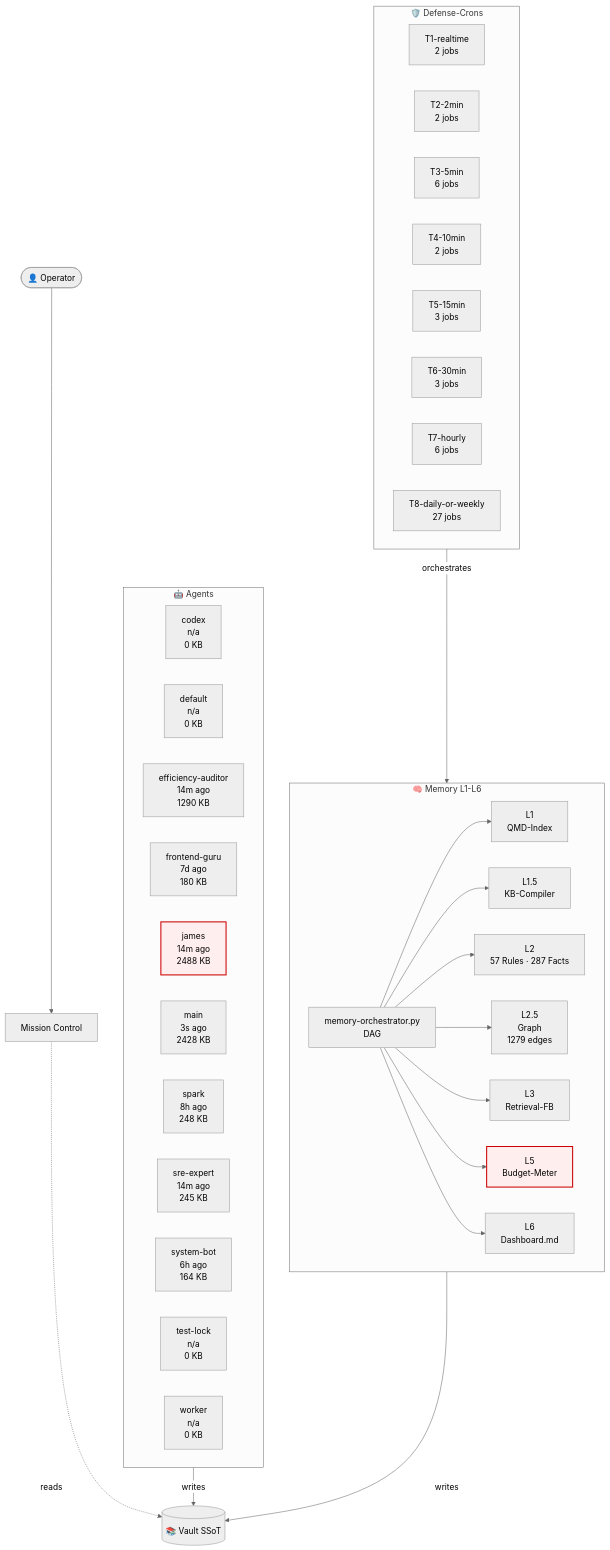
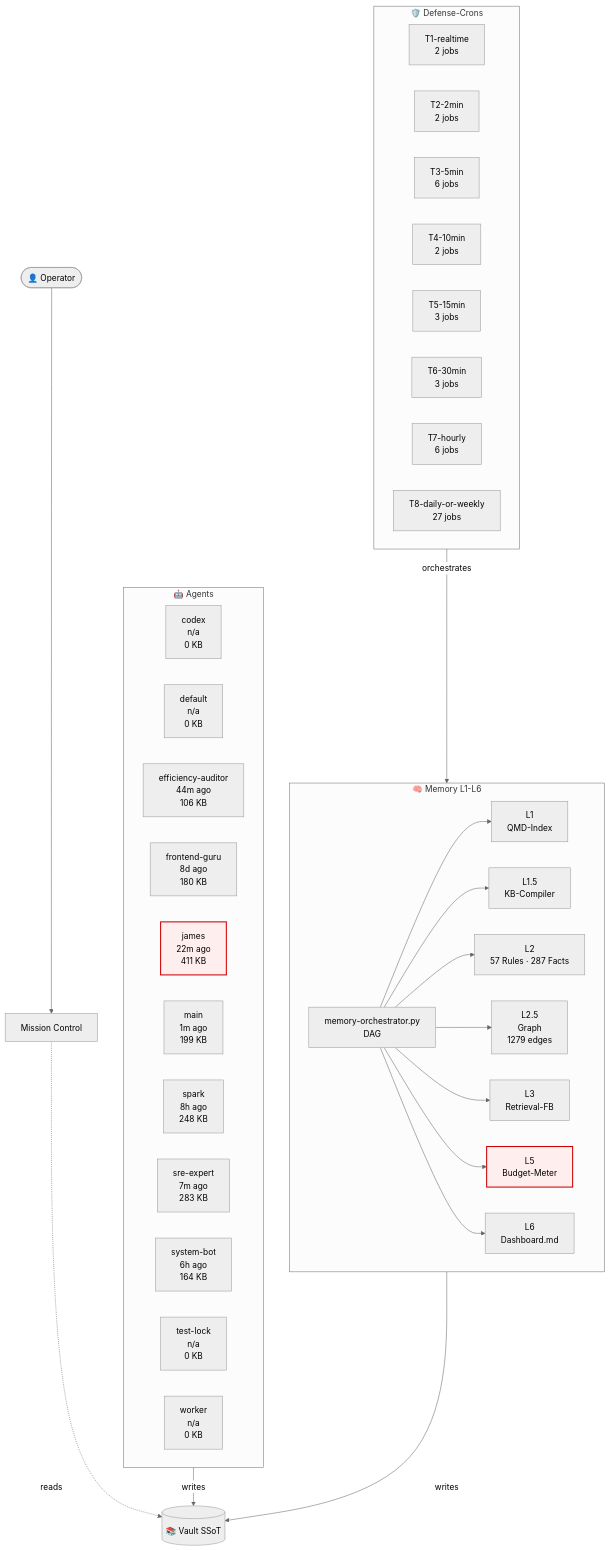
The diagram in 03-Agents/architecture-live.md (lenardhuebner88-rgb/openclaw-memory), drawn with Mermaid (neutral theme) before and after one commit. The commit also changed other lines of this file and 2 other files, not shown here.

````diff
--- a/03-Agents/architecture-live.md
+++ b/03-Agents/architecture-live.md
@@ -18,54 +18,54 @@
 ```mermaid
 flowchart TB
     classDef critical fill:#fee,stroke:#c00,stroke-width:2px;
     subgraph AGT["🤖 Agents"]
         agent_codex["codex<br/>n/a<br/>0 KB"]
         agent_default["default<br/>n/a<br/>0 KB"]
-        agent_efficiency_auditor["efficiency-auditor<br/>14m ago<br/>1290 KB"]
-        agent_frontend_guru["frontend-guru<br/>7d ago<br/>180 KB"]
-        agent_james["james<br/>14m ago<br/>2488 KB"]
-        agent_main["main<br/>3s ago<br/>2428 KB"]
+        agent_efficiency_auditor["efficiency-auditor<br/>44m ago<br/>106 KB"]
+        agent_frontend_guru["frontend-guru<br/>8d ago<br/>180 KB"]
+        agent_james["james<br/>22m ago<br/>411 KB"]
+        agent_main["main<br/>1m ago<br/>199 KB"]
         agent_spark["spark<br/>8h ago<br/>248 KB"]
-        agent_sre_expert["sre-expert<br/>14m ago<br/>245 KB"]
+        agent_sre_expert["sre-expert<br/>7m ago<br/>283 KB"]
         agent_system_bot["system-bot<br/>6h ago<br/>164 KB"]
         agent_test_lock["test-lock<br/>n/a<br/>0 KB"]
         agent_worker["worker<br/>n/a<br/>0 KB"]
     end
     subgraph MEM["🧠 Memory L1-L6"]
         L1["L1<br/>QMD-Index"]
         L15["L1.5<br/>KB-Compiler"]
         L2["L2<br/>57 Rules · 287 Facts"]
         L25["L2.5<br/>Graph<br/>1279 edges"]
         L3["L3<br/>Retrieval-FB"]
         L5["L5<br/>Budget-Meter"]
         L6["L6<br/>Dashboard.md"]
         ORCH["memory-orchestrator.py<br/>DAG"]
     end
     subgraph CRN["🛡️ Defense-Crons"]
         tier_T1_realtime["T1-realtime<br/>2 jobs"]
         tier_T2_2min["T2-2min<br/>2 jobs"]
         tier_T3_5min["T3-5min<br/>6 jobs"]
         tier_T4_10min["T4-10min<br/>2 jobs"]
         tier_T5_15min["T5-15min<br/>3 jobs"]
         tier_T6_30min["T6-30min<br/>3 jobs"]
         tier_T7_hourly["T7-hourly<br/>6 jobs"]
         tier_T8_daily_or_weekly["T8-daily-or-weekly<br/>27 jobs"]
     end
     VAULT[("📚 Vault SSoT")]
     OP([👤 Operator])
     MC["Mission Control"]
     OP --> MC
     MC -.reads.-> VAULT
     AGT -->|writes| VAULT
     MEM -->|writes| VAULT
     ORCH --> L1
     ORCH --> L15
     ORCH --> L2
     ORCH --> L25
     ORCH --> L3
     ORCH --> L5
     ORCH --> L6
     CRN -->|orchestrates| MEM
     class L5 critical
     class agent_james critical
 ```
````
